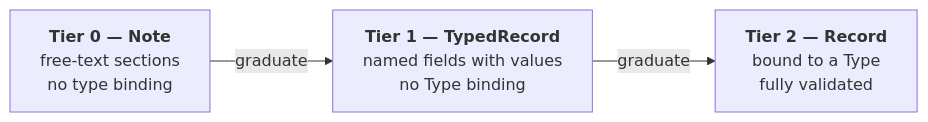
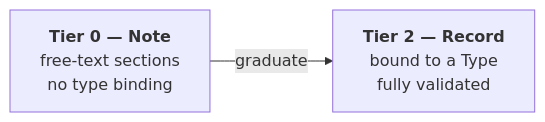
One commit to the-greenman/srs changed the second of 3 diagrams in docs/overview/README.md. Above: the diagram before and after it, drawn with Mermaid. The commit also changed other lines of this file and 54 other files, not shown here.

First line of the commit message:
fixup(spec): remove Tier 1 (TypedRecord) — two-tier record model (#448)

````diff
--- a/docs/overview/README.md
+++ b/docs/overview/README.md
@@ -61,7 +61,6 @@
 ```mermaid
 flowchart LR
     N["<b>Tier 0 — Note</b><br/>free-text sections<br/>no type binding"]
-    TR["<b>Tier 1 — TypedRecord</b><br/>named fields with values<br/>no Type binding"]
     REC["<b>Tier 2 — Record</b><br/>bound to a Type<br/>fully validated"]
-    N -->|graduate| TR -->|graduate| REC
+    N -->|graduate| REC
 ```
````
